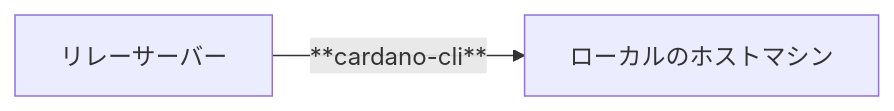
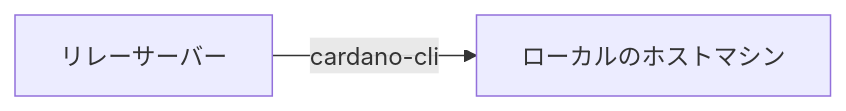
Before and after one commit to btbf/spojapanguild: the first of 3 diagrams in docs/cardano/operation/node-update.md, drawn with Mermaid. The commit also changed other lines of this file and 61 other files, not shown here.

````diff
--- a/docs/cardano/operation/node-update.md
+++ b/docs/cardano/operation/node-update.md
@@ -1272,4 +1266,4 @@
-```mermaid
-graph LR
-    A[リレーサーバー] -->|**cardano-cli**| B[ローカルのホストマシン];
-``` 
+        ```mermaid
+        graph LR
+            A[リレーサーバー] -->|cardano-cli| B[ローカルのホストマシン];
+        ``` 
````
